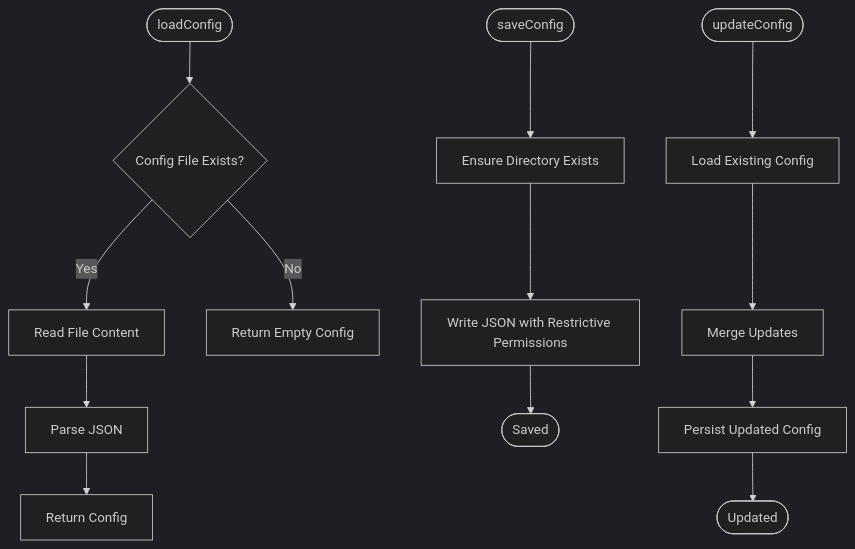
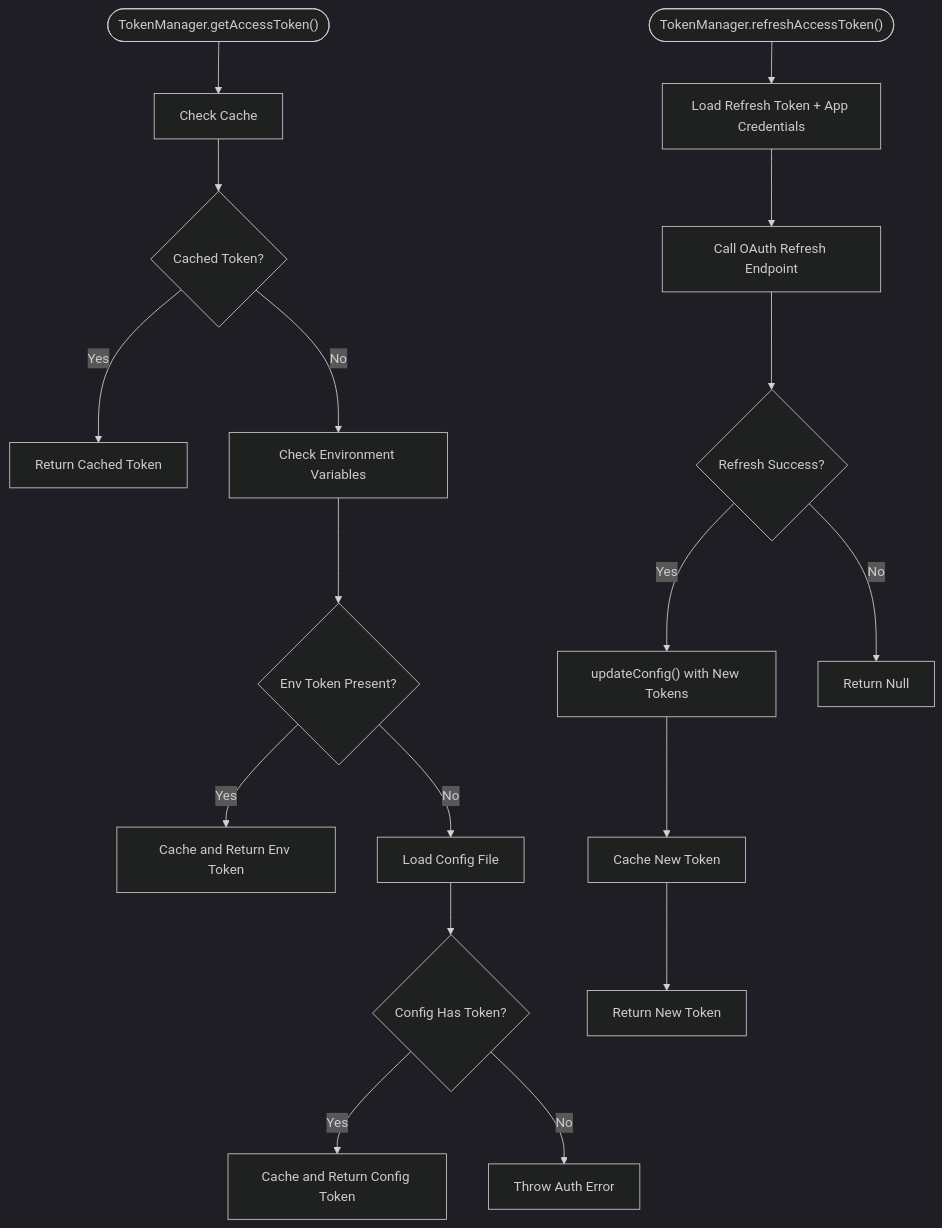
The fifth of 9 diagrams in .qoder/repowiki/en/content/Configuration Management/Configuration Management.md (yuexiaoliang/baiduwangpan-manager), drawn with Mermaid (dark theme) before and after one commit. The commit also changed other lines of this file and 30 other files, not shown here.

````diff
--- a/.qoder/repowiki/en/content/Configuration Management/Configuration Management.md
+++ b/.qoder/repowiki/en/content/Configuration Management/Configuration Management.md
@@ -199,15 +307,20 @@
 ```mermaid
 flowchart TD
-LStart(["loadConfig"]) --> Exists{"Config File Exists?"}
-Exists --> |Yes| Read["Read File Content"]
-Read --> Parse["Parse JSON"]
-Parse --> ReturnCfg["Return Config"]
-Exists --> |No| ReturnEmpty["Return Empty Config"]
-SStart(["saveConfig"]) --> EnsureDir["Ensure Directory Exists"]
-EnsureDir --> Write["Write JSON with Restrictive Permissions"]
-Write --> SEnd(["Saved"])
-UStart(["updateConfig"]) --> Load["Load Existing Config"]
-Load --> Merge["Merge Updates"]
-Merge --> Save["Persist Updated Config"]
-Save --> UEnd(["Updated"])
+LStart(["TokenManager.getAccessToken()"]) --> CheckCache["Check Cache"]
+CheckCache --> CacheFound{"Cached Token?"}
+CacheFound --> |Yes| ReturnCache["Return Cached Token"]
+CacheFound --> |No| CheckEnv["Check Environment Variables"]
+CheckEnv --> EnvFound{"Env Token Present?"}
+EnvFound --> |Yes| CacheEnv["Cache and Return Env Token"]
+EnvFound --> |No| LoadCfg["Load Config File"]
+LoadCfg --> CfgFound{"Config Has Token?"}
+CfgFound --> |Yes| CacheCfg["Cache and Return Config Token"]
+CfgFound --> |No| ThrowError["Throw Auth Error"]
+SStart(["TokenManager.refreshAccessToken()"]) --> LoadRefresh["Load Refresh Token + App Credentials"]
+LoadRefresh --> RefreshCall["Call OAuth Refresh Endpoint"]
+RefreshCall --> Success{"Refresh Success?"}
+Success --> |Yes| UpdateCfg["updateConfig() with New Tokens"]
+UpdateCfg --> CacheNew["Cache New Token"]
+CacheNew --> ReturnNew["Return New Token"]
+Success --> |No| ReturnNull["Return Null"]
 ```
````
